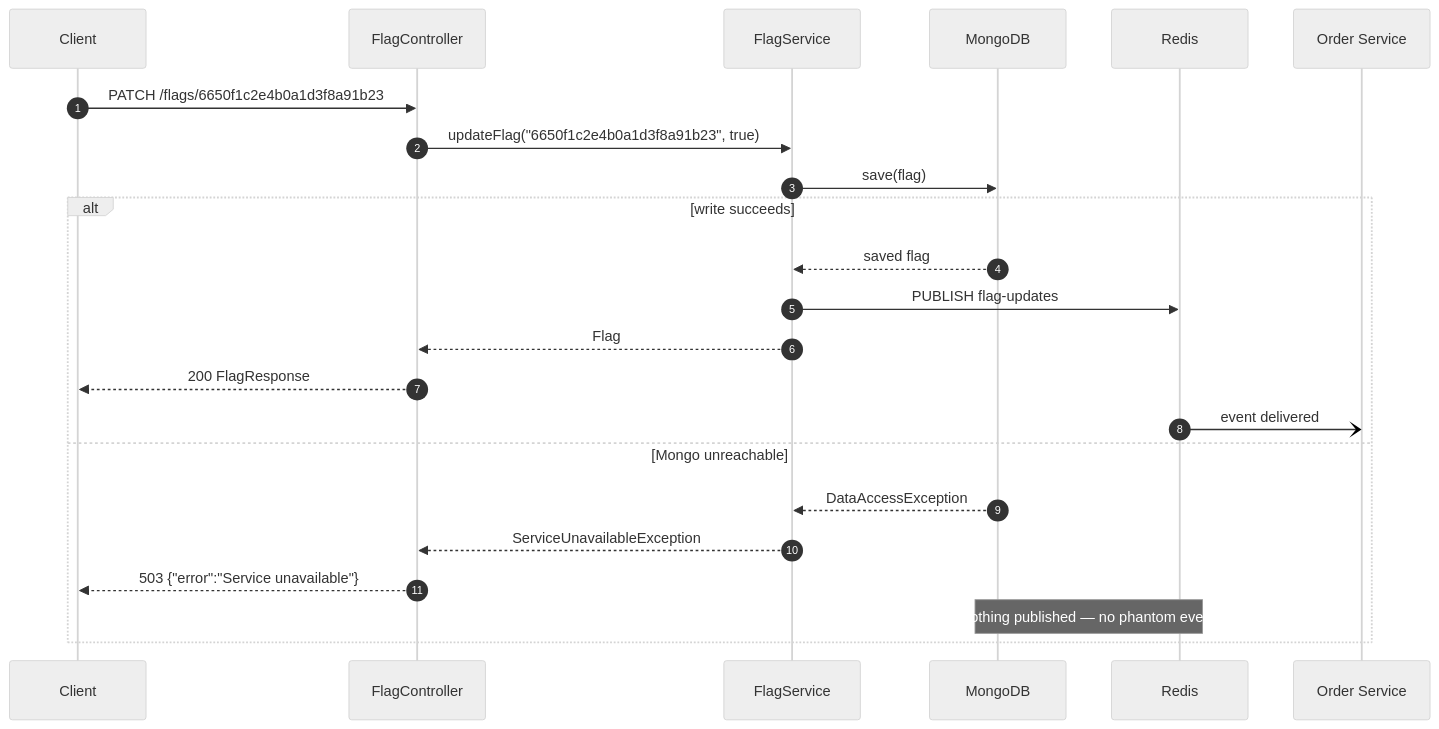
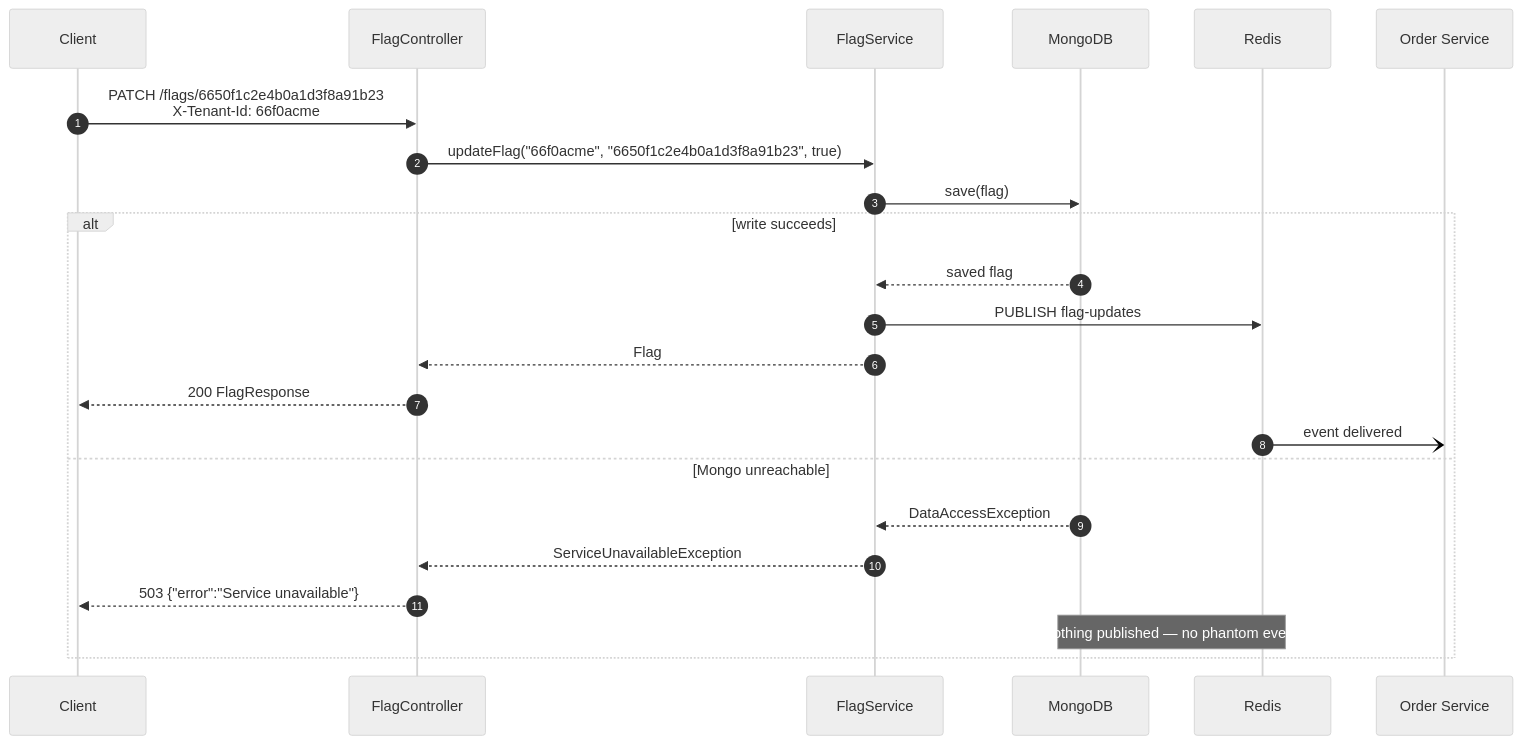
One commit to nitinryali/FF-Service changed the third of 4 diagrams in README.md. Above: the diagram before and after it, drawn with Mermaid (neutral theme). The commit also changed other lines of this file and 32 other files, not shown here.

First line of the commit message:
Add tenant-scoped multi-tenant flag service

````diff
--- a/README.md
+++ b/README.md
@@ -181,26 +214,26 @@
 ```mermaid
 sequenceDiagram
     autonumber
     participant C as Client
     participant FC as FlagController
     participant FS as FlagService
     participant M as MongoDB
     participant R as Redis
     participant O as Order Service
 
-    C->>FC: PATCH /flags/6650f1c2e4b0a1d3f8a91b23
-    FC->>FS: updateFlag("6650f1c2e4b0a1d3f8a91b23", true)
+    C->>FC: PATCH /flags/6650f1c2e4b0a1d3f8a91b23<br/>X-Tenant-Id: 66f0acme
+    FC->>FS: updateFlag("66f0acme", "6650f1c2e4b0a1d3f8a91b23", true)
     FS->>M: save(flag)
     alt write succeeds
         M-->>FS: saved flag
         FS->>R: PUBLISH flag-updates
         FS-->>FC: Flag
         FC-->>C: 200 FlagResponse
         R-)O: event delivered
     else Mongo unreachable
         M-->>FS: DataAccessException
         FS-->>FC: ServiceUnavailableException
         FC-->>C: 503 {"error":"Service unavailable"}
         Note over R,M: nothing published — no phantom event
     end
 ```
````
